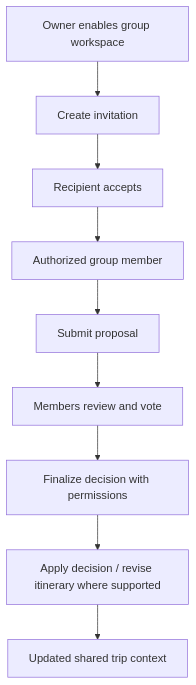
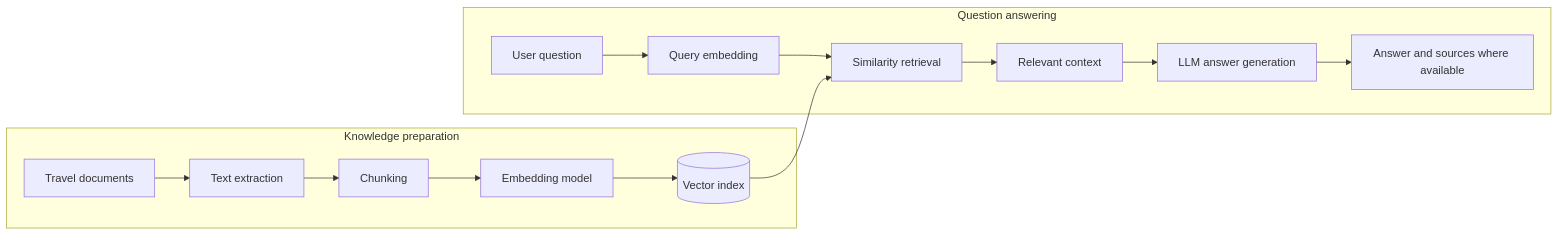
One commit to patilshrutika1803/Grevix_AITripWeaver changed the fifth of 7 diagrams in README.md. Above: the diagram before and after it, drawn with Mermaid. The commit also changed other lines of this file, not shown here.

````diff
--- a/README.md
+++ b/README.md
@@ -310,11 +364,17 @@
 ```mermaid
-flowchart TD
-  A[Owner enables group workspace] --> B[Create invitation]
-  B --> C[Recipient accepts]
-  C --> D[Authorized group member]
-  D --> E[Submit proposal]
-  E --> F[Members review and vote]
-  F --> G[Finalize decision with permissions]
-  G --> H[Apply decision / revise itinerary where supported]
-  H --> I[Updated shared trip context]
+flowchart LR
+    subgraph Ingestion[Knowledge preparation]
+        A[Travel documents] --> B[Text extraction]
+        B --> C[Chunking]
+        C --> D[Embedding model]
+        D --> E[(Vector index)]
+    end
+    subgraph Query[Question answering]
+        F[User question] --> G[Query embedding]
+        G --> H[Similarity retrieval]
+        E --> H
+        H --> I[Relevant context]
+        I --> J[LLM answer generation]
+        J --> K[Answer and sources where available]
+    end
 ```
````
